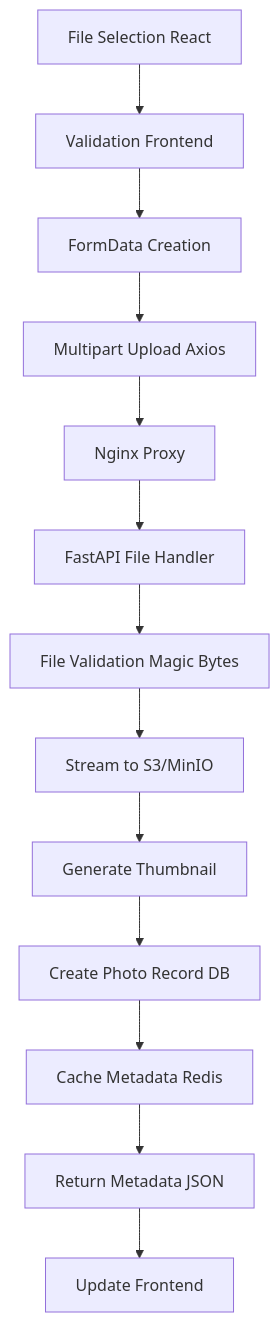
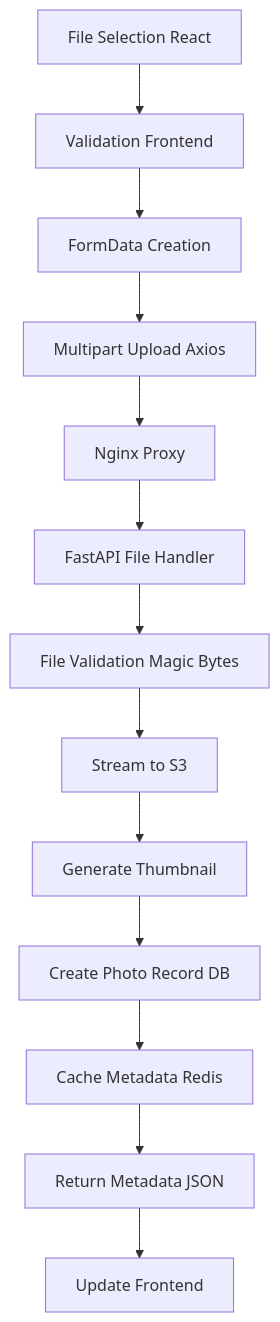
The sixth of 6 diagrams in docs/ARCHITECTURE.md (SamuraJey/viewport), drawn with Mermaid before and after one commit. The commit also changed other lines of this file and 19 other files, not shown here.

````diff
--- a/docs/ARCHITECTURE.md
+++ b/docs/ARCHITECTURE.md
@@ -206,15 +206,15 @@
 ```mermaid
 flowchart TD
     A[File Selection React] --> B[Validation Frontend]
     B --> C[FormData Creation]
     C --> D[Multipart Upload Axios]
     D --> E[Nginx Proxy]
     E --> F[FastAPI File Handler]
     F --> G[File Validation Magic Bytes]
-    G --> H[Stream to S3/MinIO]
+    G --> H[Stream to S3]
     H --> I[Generate Thumbnail]
     I --> J[Create Photo Record DB]
     J --> K[Cache Metadata Redis]
     K --> L[Return Metadata JSON]
     L --> M[Update Frontend]
 ```
````
